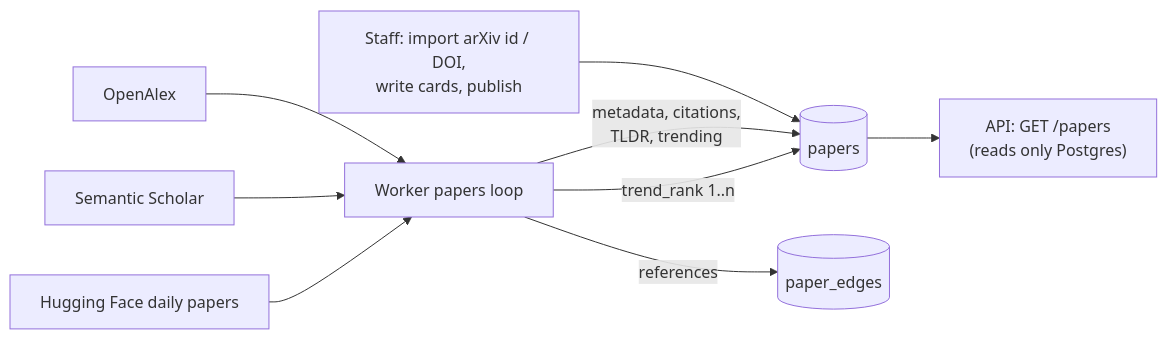
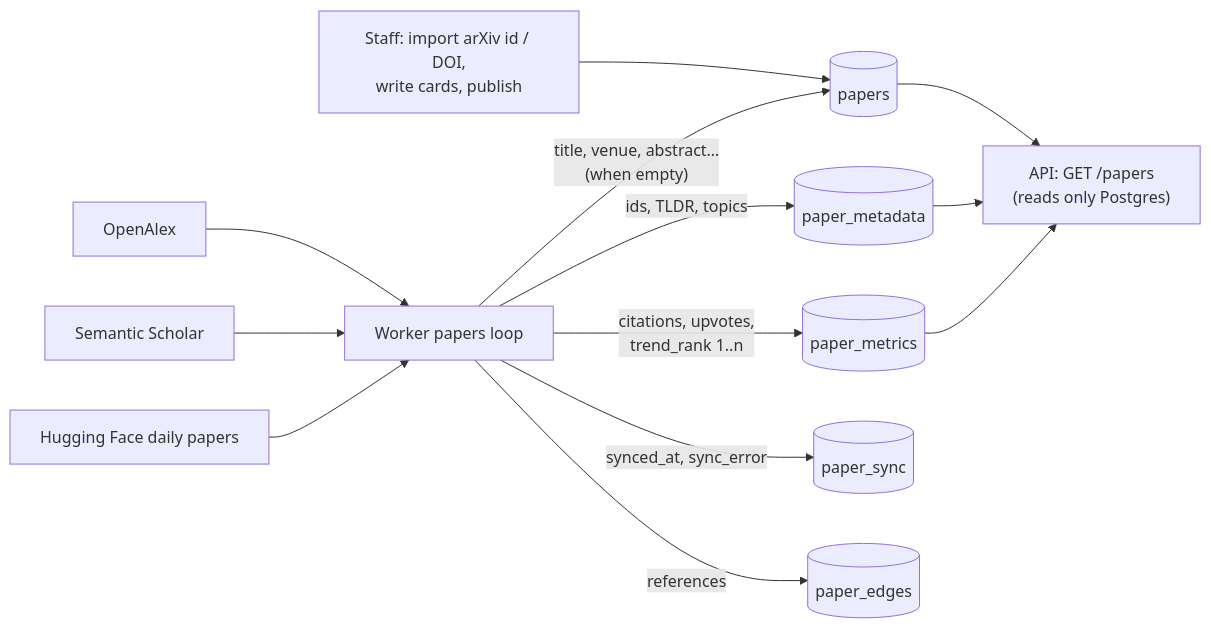
Before and after one commit to A-Piyas-04/doshomik-bytes: the second of 2 diagrams in docs/architecture/database-architecture.md, drawn with Mermaid. The commit also changed other lines of this file and 31 other files, not shown here.

````diff
--- a/docs/architecture/database-architecture.md
+++ b/docs/architecture/database-architecture.md
@@ -382,11 +387,15 @@
 ```mermaid
 flowchart LR
     staff["Staff: import arXiv id / DOI,<br/>write cards, publish"] --> papers[(papers)]
     oa["OpenAlex"] --> worker
     s2["Semantic Scholar"] --> worker
     hf["Hugging Face daily papers"] --> worker
-    worker["Worker papers loop"] -->|"metadata, citations,<br/>TLDR, trending"| papers
+    worker["Worker papers loop"] -->|"title, venue, abstract…<br/>(when empty)"| papers
+    worker -->|"ids, TLDR, topics"| meta[(paper_metadata)]
+    worker -->|"citations, upvotes,<br/>trend_rank 1..n"| metrics[(paper_metrics)]
+    worker -->|"synced_at, sync_error"| sync[(paper_sync)]
     worker -->|references| edges[(paper_edges)]
-    worker -->|"trend_rank 1..n"| papers
     papers --> api["API: GET /papers<br/>(reads only Postgres)"]
+    meta --> api
+    metrics --> api
 ```
````
